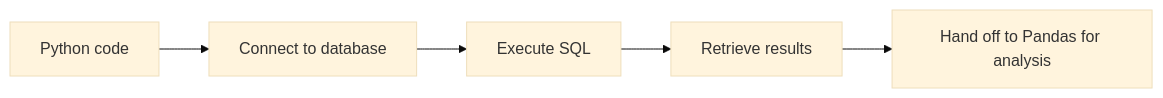
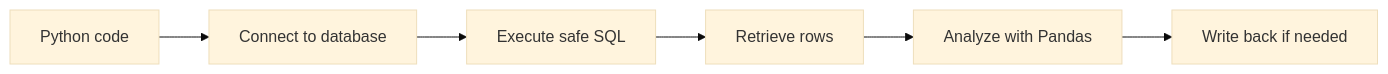
The first of 2 diagrams in docs/ch03-data-analysis/ch05-database/03-python-db.md (oudbiao/AI-fullstack-course), drawn with Mermaid (base theme) before and after one commit. The commit also changed other lines of this file and 8 other files, not shown here.

````diff
--- a/docs/ch03-data-analysis/ch05-database/03-python-db.md
+++ b/docs/ch03-data-analysis/ch05-database/03-python-db.md
@@ -43,7 +46,8 @@
 ```mermaid
 flowchart LR
     A["Python code"] --> B["Connect to database"]
-    B --> C["Execute SQL"]
-    C --> D["Retrieve results"]
-    D --> E["Hand off to Pandas for analysis"]
+    B --> C["Execute safe SQL"]
+    C --> D["Retrieve rows"]
+    D --> E["Analyze with Pandas"]
+    E --> F["Write back if needed"]
 ```
````
